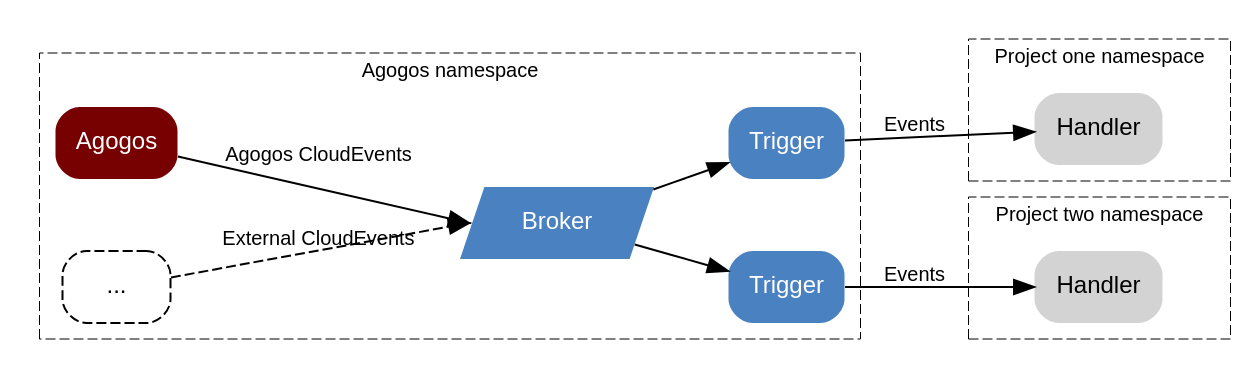
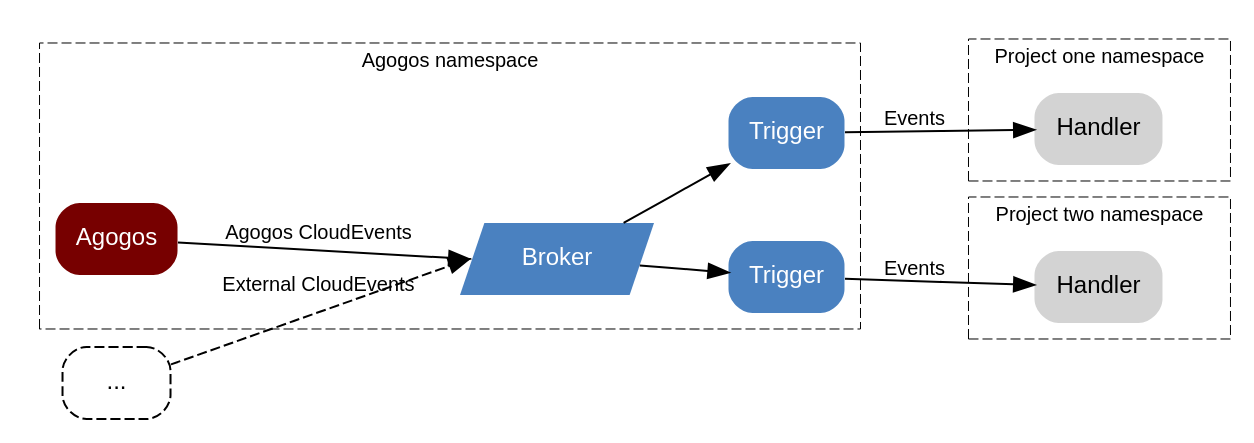
The diagram in docs/modules/architecture/pages/events/index.adoc (agogoscd/agogos), drawn with Graphviz before and after one commit. The commit also changed 81 other files, not shown here.

```diff
--- a/docs/modules/architecture/pages/events/index.adoc
+++ b/docs/modules/architecture/pages/events/index.adoc
@@ -43,49 +43,49 @@
 [graphviz,eventing,svg]
 ....
 digraph G {
 splines="false";
 rankdir="LR";
-//layout=neato;
 graph [fontname="helvetica",ranksep=0.5,nodesep=0.5];
 node [fontname="helvetica",shape="box",style="rounded",fontsize="12"];
 edge [fontname="helvetica",arrowsize="1",penwidth="1",fontsize="10"];
 
 operator [style="filled,rounded",fillcolor="#770000",fontcolor="white",penwidth="0",label="Agogos"];
 other [label="...",style="dashed,rounded"];
 
 broker [style="filled",fillcolor="#4a81c0",fontcolor="white",penwidth="0",shape="polygon",sides=4,skew=".3",label="Broker"];
 knative_trigger_1 [style="filled,rounded",fillcolor="#4a81c0",fontcolor="white",penwidth="0",label="Trigger"]
 knative_trigger_2 [style="filled,rounded",fillcolor="#4a81c0",fontcolor="white",penwidth="0",label="Trigger"]
 
+other;
+
 subgraph cluster_ns_agogos {
     fontname="helvetica";penwidth="0.5";fontsize="10";style="dashed";
     label="Agogos namespace";
     operator;
-    other;
     broker;
     knative_trigger_1;
     knative_trigger_2;
 
     broker -> knative_trigger_1;
     broker -> knative_trigger_2;
 }
 
 subgraph cluster_ns_project_1 {
     fontname="helvetica";penwidth="0.5";fontsize="10";style="dashed";
     tekton_el_1 [style="filled,rounded",penwidth="0",label="Handler"];
     label="Project one namespace";
 }
 
 subgraph cluster_ns_project_2 {
     fontname="helvetica";penwidth="0.5";fontsize="10";style="dashed";
     tekton_el_2 [style="filled,rounded",penwidth="0",label="Handler"];
     label="Project two namespace";
 }
 
 operator -> broker [headport="w",label="Agogos CloudEvents"];
 other -> broker [headport="w",label="External CloudEvents",style="dashed"];
 
 knative_trigger_1 -> tekton_el_1 [label="Events"];
 knative_trigger_2 -> tekton_el_2 [label="Events"];
 }
 ....
```
